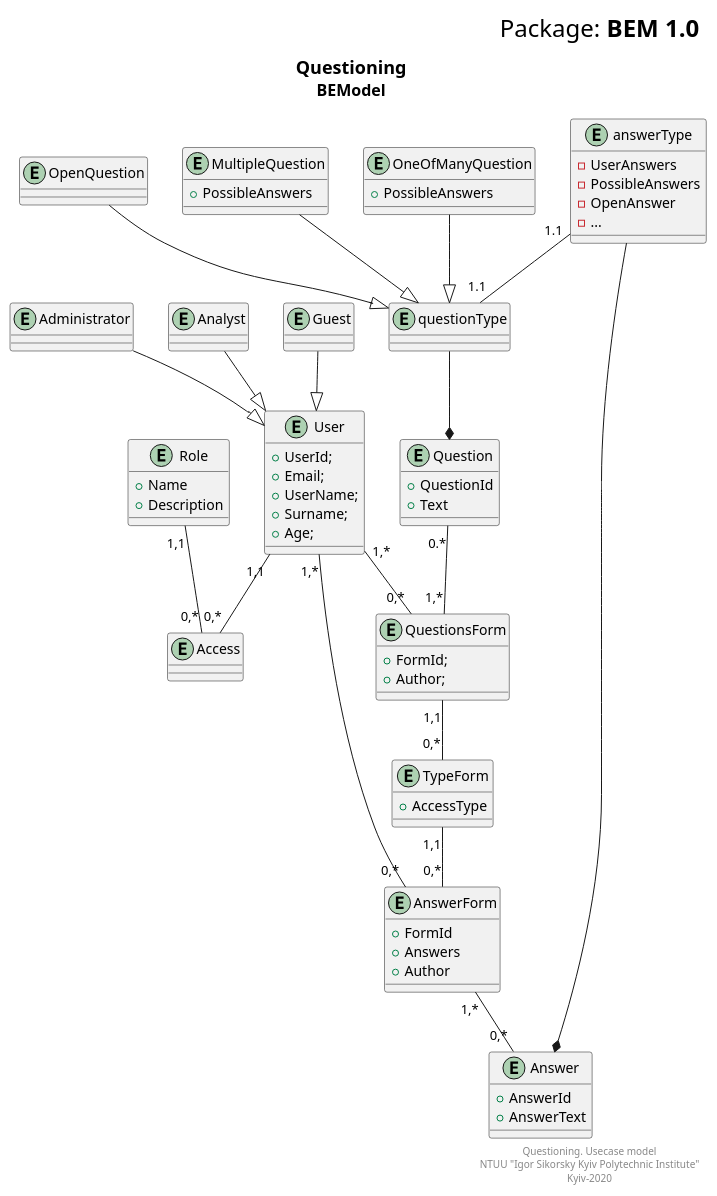
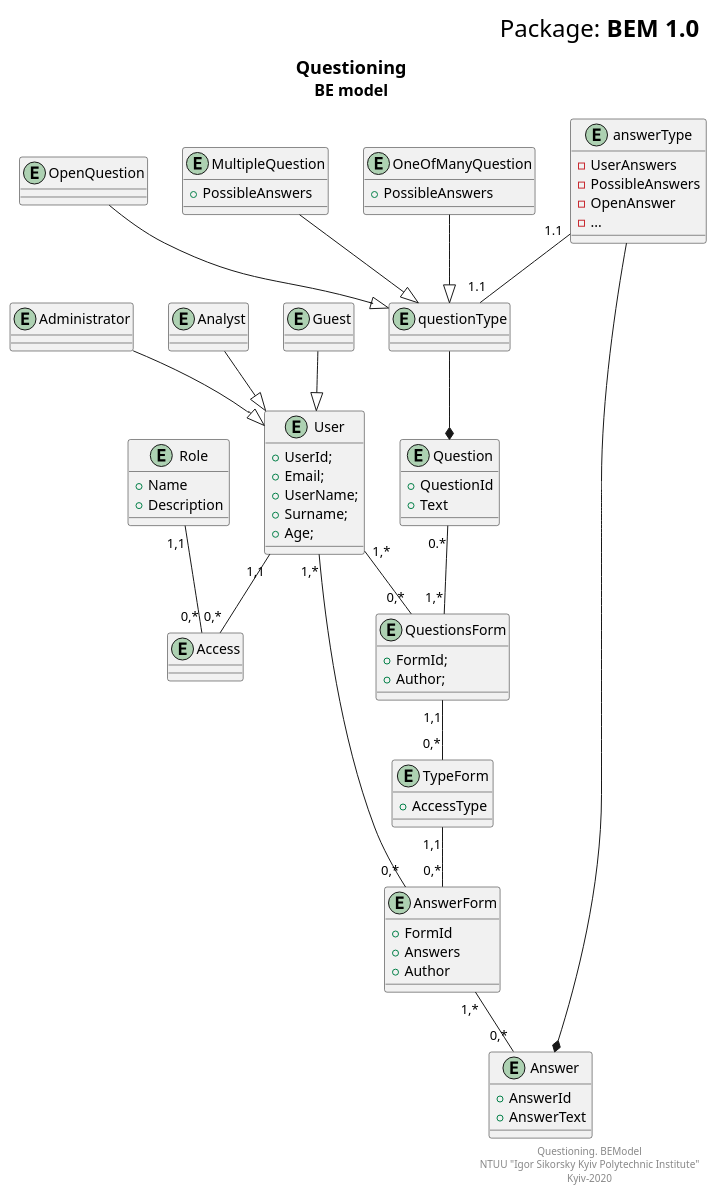
One commit to teramont/databaseQuestioning changed the diagram in Information/Diagrams/BEM+ERM/bem.pu. Above: the diagram before and after it, drawn with PlantUML.

```diff
--- a/Information/Diagrams/BEM+ERM/bem.pu
+++ b/Information/Diagrams/BEM+ERM/bem.pu
@@ -1,124 +1,124 @@
 @startuml
 right header
 <font size=24 color=black>Package: <b>BEM 1.0
 end header
 
 title
 <font size=18 color=black>Questioning
-<font size=16 color=black>BEModel
+<font size=16 color=black>BE model
 end title
 
 
 entity User {
     + UserId;
     + Email;
     + UserName;
     + Surname;
     + Age;
 }
 
 entity Administrator
 entity Analyst
 entity Guest
 
 entity Access
 entity Role {
  + Name
  + Description
 }
 
 Role "1,1"--"0,*" Access
 
 User "1,1"--"0,*" Access
 
 Administrator --|> User
 Analyst --|> User
 Guest --|> User
 
 
 
 entity QuestionsForm{
  + FormId;
  + Author;
 }
 
 entity TypeForm {
  + AccessType
 }
 
 
 
 
 
 entity Question {
 + QuestionId
 + Text
 }
 
 entity questionType
 
 entity OneOfManyQuestion {
 + PossibleAnswers
 }
 
 entity OpenQuestion 
 
 entity MultipleQuestion {
 + PossibleAnswers
 }
 
 MultipleQuestion --|> questionType
 OpenQuestion --|> questionType
 OneOfManyQuestion --|> questionType
 
 questionType --* Question
 
 
 
 
 Question  "0.*"--"1,*" QuestionsForm
 QuestionsForm "1,1"--"0,*" TypeForm
 
 
 
 
 
 
 entity AnswerForm {
  + FormId
  + Answers
  + Author
 }
 
 
 
 entity Answer {
  + AnswerId
  + AnswerText
 }
 
 entity answerType{
  - UserAnswers
  - PossibleAnswers 
  - OpenAnswer 
  - ...
 }
 
 answerType "1.1"--"1.1" questionType
 TypeForm "1,1"--"0,*" AnswerForm
 
 answerType --* Answer
 
 AnswerForm "1,*"--"0,*" Answer
 
 
 
 User "1,*"--"0,*" AnswerForm
 User "1,*"--"0,*" QuestionsForm
 
 right footer
-Questioning. Usecase model
+Questioning. BEModel
 NTUU "Igor Sikorsky Kyiv Polytechnic Institute"
 Kyiv-2020
 end footer
 @enduml
```
